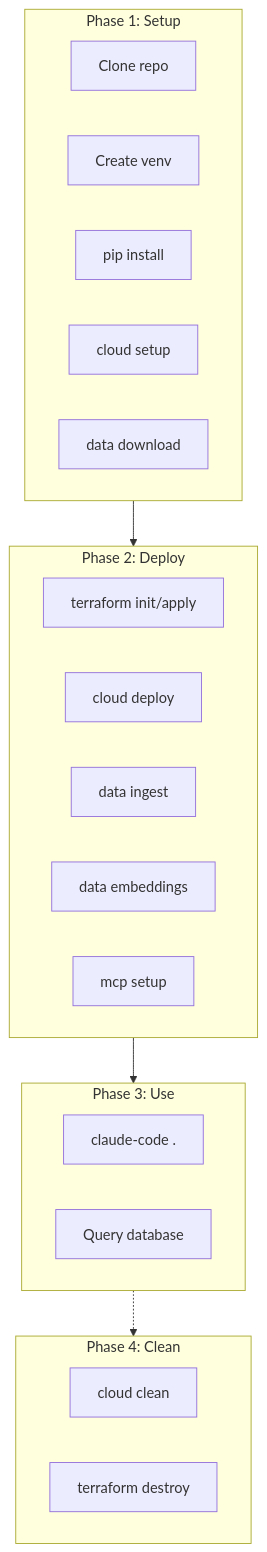
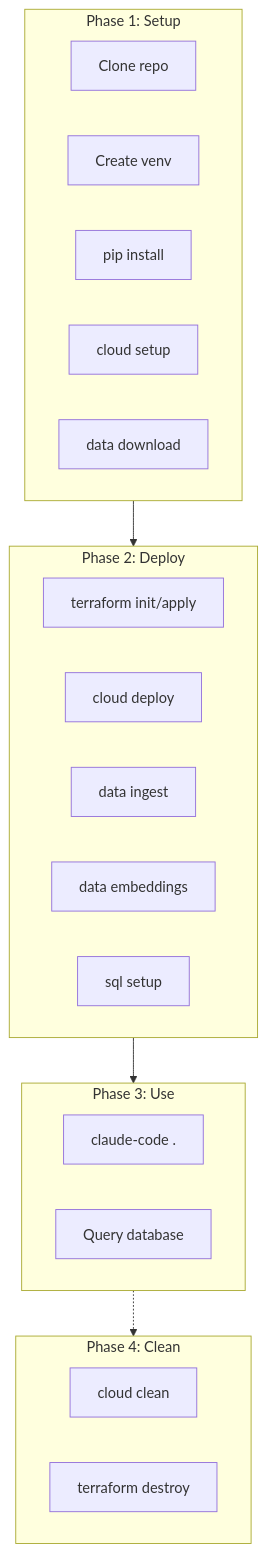
Before and after one commit to vmleon/oracle-database-panama-papers: the fourth of 4 diagrams in Deployment.md, drawn with Mermaid. The commit also changed other lines of this file and 3 other files, not shown here.

````diff
--- a/Deployment.md
+++ b/Deployment.md
@@ -1769,31 +1780,31 @@
 ```mermaid
 flowchart TB
     subgraph Phase1["Phase 1: Setup"]
         S1[Clone repo]
         S2[Create venv]
         S3[pip install]
         S4[cloud setup]
         S5[data download]
     end
 
     subgraph Phase2["Phase 2: Deploy"]
         D1[terraform init/apply]
         D2[cloud deploy]
         D3[data ingest]
         D4[data embeddings]
-        D5[mcp setup]
+        D5[sql setup]
     end
 
     subgraph Phase3["Phase 3: Use"]
         U1[claude-code .]
         U2[Query database]
     end
 
     subgraph Phase4["Phase 4: Clean"]
         C1[cloud clean]
         C2[terraform destroy]
     end
 
     Phase1 --> Phase2 --> Phase3
     Phase3 -.-> Phase4
 ```
````
